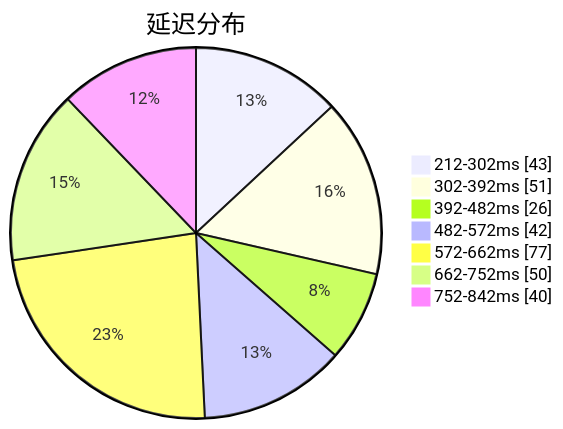
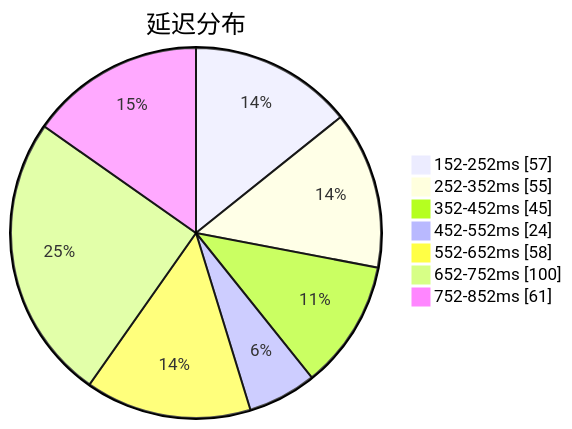
The first of 3 diagrams in subs/statistics/tested_within.md (qjlxg/airport), drawn with Mermaid before and after one commit. The commit also changed other lines of this file and 2 other files, not shown here.

````diff
--- a/subs/statistics/tested_within.md
+++ b/subs/statistics/tested_within.md
@@ -2,11 +2,11 @@
 ```mermaid
 pie showData
 title 延迟分布
-"212-302ms" : 43
-"302-392ms" : 51
-"392-482ms" : 26
-"482-572ms" : 42
-"572-662ms" : 77
-"662-752ms" : 50
-"752-842ms" : 40
+"152-252ms" : 57
+"252-352ms" : 55
+"352-452ms" : 45
+"452-552ms" : 24
+"552-652ms" : 58
+"652-752ms" : 100
+"752-852ms" : 61
 ```
````
